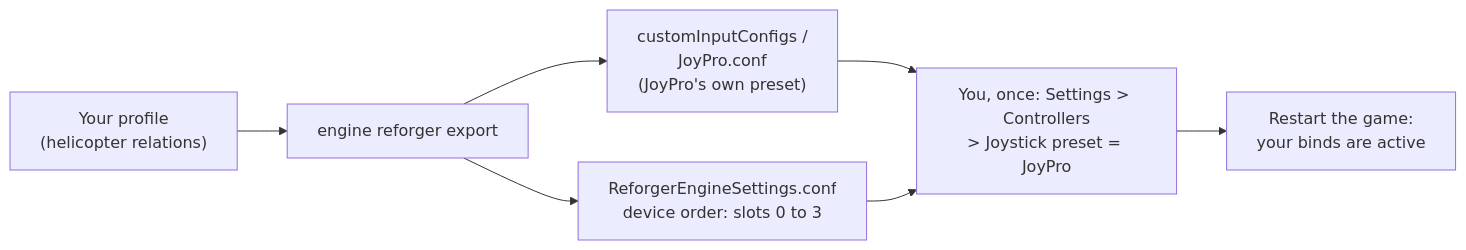
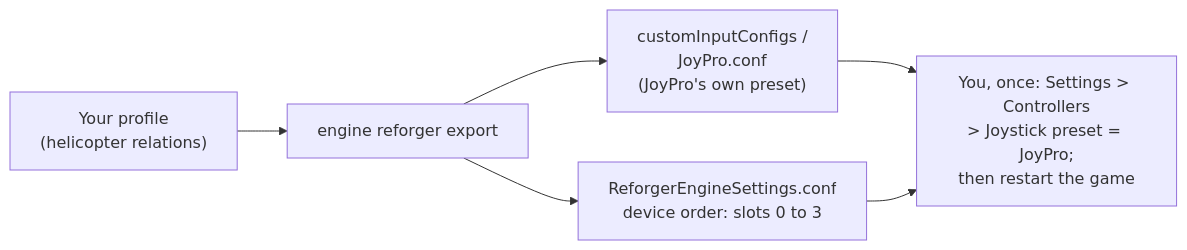
Before and after one commit to Holdi601/JoystickProfiler2: the diagram in website/content/games/arma-reforger.md, drawn with Mermaid. The commit also changed other lines of this file and 718 other files, not shown here.

Commit message:
JoyPro2 2.7.0

````diff
--- a/website/content/games/arma-reforger.md
+++ b/website/content/games/arma-reforger.md
@@ -20,9 +174,9 @@
 ```mermaid
+%% caption: What the export writes. You pick the JoyPro preset in the game once; after every export a restart is enough.
 flowchart LR
   P["Your profile<br/>(helicopter relations)"] --> E["engine reforger export"]
   E --> J["customInputConfigs /<br/>JoyPro.conf<br/>(JoyPro's own preset)"]
   E --> R["ReforgerEngineSettings.conf<br/>device order: slots 0 to 3"]
-  J --> U["You, once: Settings > Controllers<br/>> Joystick preset = JoyPro"]
+  J --> U["You, once: Settings > Controllers<br/>> Joystick preset = JoyPro;<br/>then restart the game"]
   R --> U
-  U --> G["Restart the game:<br/>your binds are active"]
 ```
````
